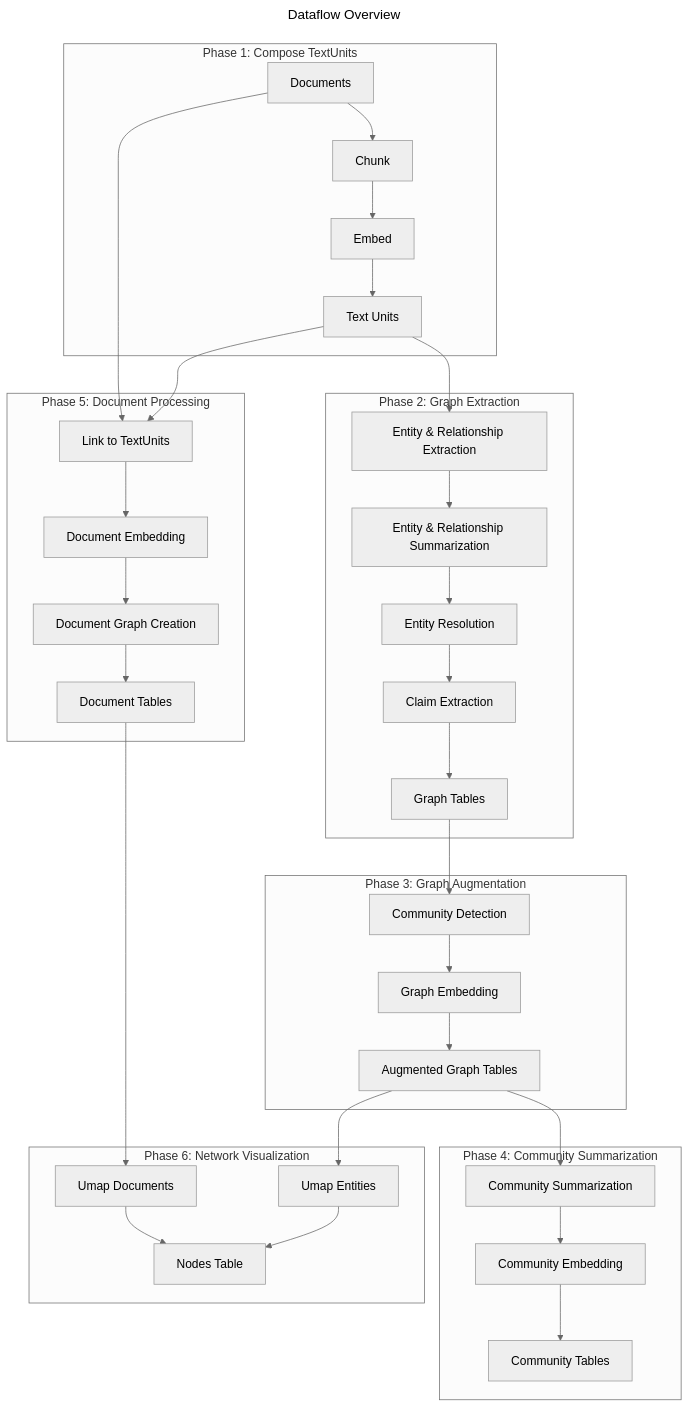
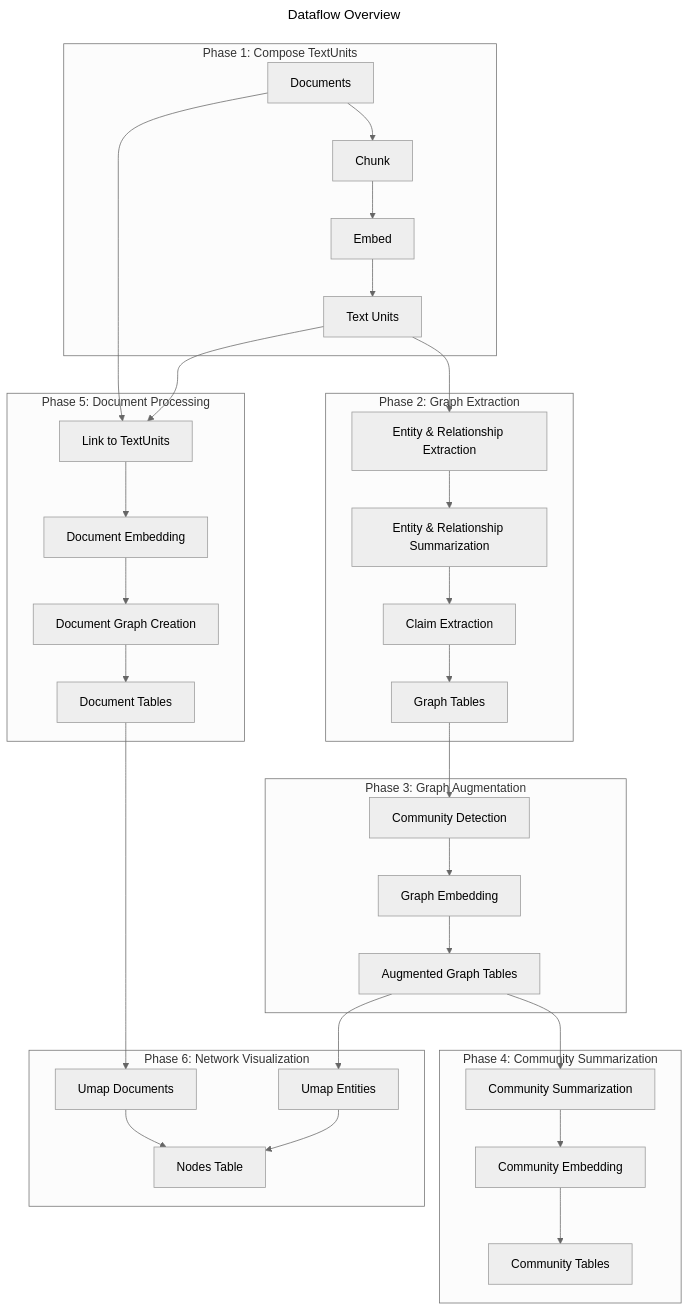
The first of 7 diagrams in docsite/posts/index/1-default_dataflow.md (microsoft/graphrag), drawn with Mermaid (neutral theme) before and after one commit. The commit also changed other lines of this file and 5 other files, not shown here.

Commit message:
Remove outdated references to entity resolution

````diff
--- a/docsite/posts/index/1-default_dataflow.md
+++ b/docsite/posts/index/1-default_dataflow.md
@@ -25,40 +25,39 @@
 ```mermaid
 ---
 title: Dataflow Overview
 ---
 flowchart TB
     subgraph phase1[Phase 1: Compose TextUnits]
     documents[Documents] --> chunk[Chunk]
     chunk --> embed[Embed] --> textUnits[Text Units]
     end
     subgraph phase2[Phase 2: Graph Extraction]
     textUnits --> graph_extract[Entity & Relationship Extraction]
     graph_extract --> graph_summarize[Entity & Relationship Summarization]
-    graph_summarize --> entity_resolve[Entity Resolution]
-    entity_resolve --> claim_extraction[Claim Extraction]
+    graph_summarize --> claim_extraction[Claim Extraction]
     claim_extraction --> graph_outputs[Graph Tables]
     end
     subgraph phase3[Phase 3: Graph Augmentation]
     graph_outputs --> community_detect[Community Detection]
     community_detect --> graph_embed[Graph Embedding]
     graph_embed --> augmented_graph[Augmented Graph Tables]
     end
     subgraph phase4[Phase 4: Community Summarization]
     augmented_graph --> summarized_communities[Community Summarization]
     summarized_communities --> embed_communities[Community Embedding]
     embed_communities --> community_outputs[Community Tables]
     end
     subgraph phase5[Phase 5: Document Processing]
     documents --> link_to_text_units[Link to TextUnits]
     textUnits --> link_to_text_units
     link_to_text_units --> embed_documents[Document Embedding]
     embed_documents --> document_graph[Document Graph Creation]
     document_graph --> document_outputs[Document Tables]
     end
     subgraph phase6[Phase 6: Network Visualization]
     document_outputs --> umap_docs[Umap Documents]
     augmented_graph --> umap_entities[Umap Entities]
     umap_docs --> combine_nodes[Nodes Table]
     umap_entities --> combine_nodes
     end
 ```
````
